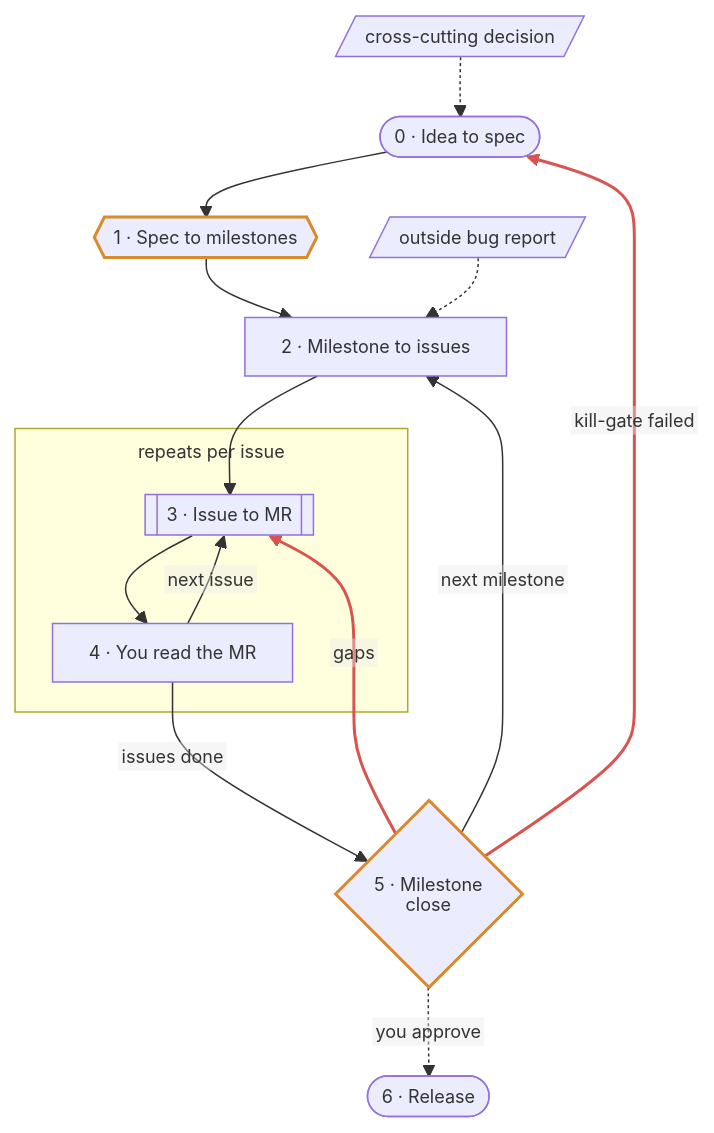
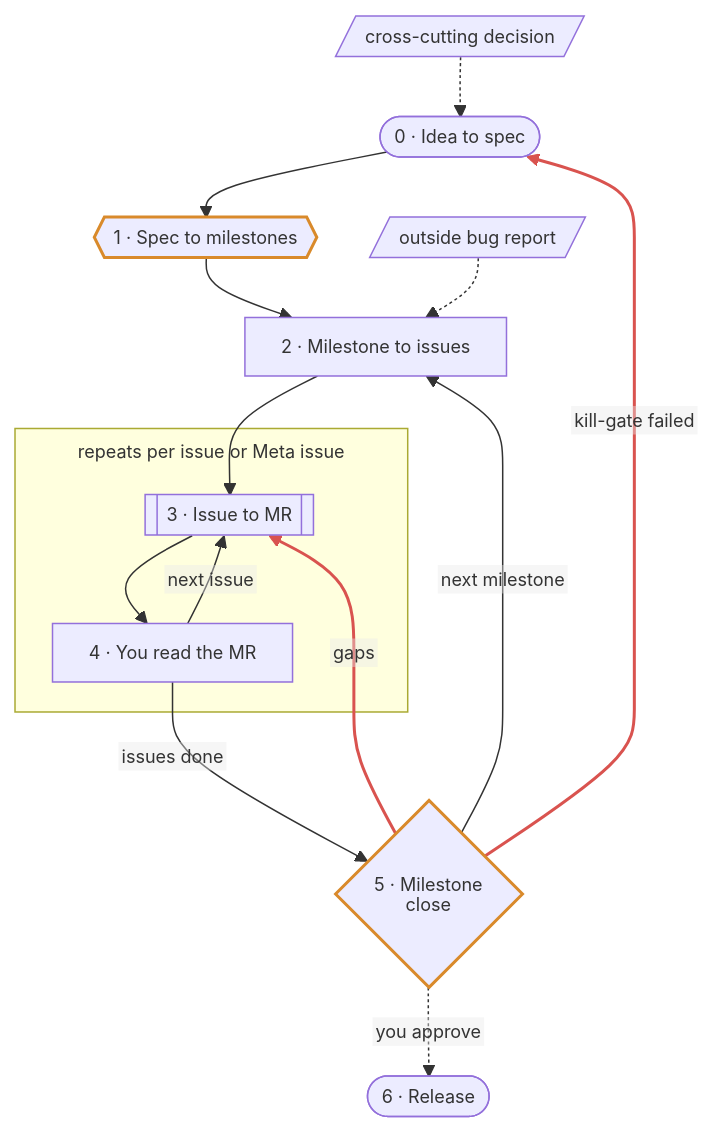
One commit to nshopik/dream-team changed the diagram in WORKFLOW.md. Above: the diagram before and after it, drawn with Mermaid. The commit also changed other lines of this file and 7 other files, not shown here.

First line of the commit message:
build-meta: work a Meta issue's children on one branch

````diff
--- a/WORKFLOW.md
+++ b/WORKFLOW.md
@@ -3,21 +3,21 @@
 ```mermaid
 %%{init: {"htmlLabels": false, "themeVariables": {"fontSize": "12px"}, "flowchart": {"htmlLabels": false, "curve": "basis", "nodeSpacing": 30, "rankSpacing": 40, "diagramPadding": 8, "padding": 12, "subGraphTitleMargin": {"top": 8, "bottom": 16}}}}%%
 flowchart TD
   xcut[/cross-cutting decision/] -.-> S0
   S0(["0 · Idea to spec"]) --> S1{{"1 · Spec to milestones"}}
   S1 --> S2["2 · Milestone to issues"]
   bug[/outside bug report/] -.-> S2
   S2 --> S3
-  subgraph loop ["repeats per issue"]
+  subgraph loop ["repeats per issue or Meta issue"]
     S3[["3 · Issue to MR"]] --> S4["4 · You read the MR"]
     S4 -->|next issue| S3
   end
   S4 -->|issues done| S5{"5 · Milestone<br/>close"}
   S5 -->|next milestone| S2
   S5 -->|gaps| S3
   S5 -->|kill-gate failed| S0
   S5 -.->|you approve| S6(["6 · Release"])
   classDef gate stroke:#d98a2b,stroke-width:2px
   class S1,S5 gate
   linkStyle 9,10 stroke:#d9534f,stroke-width:2px
 ```
````
